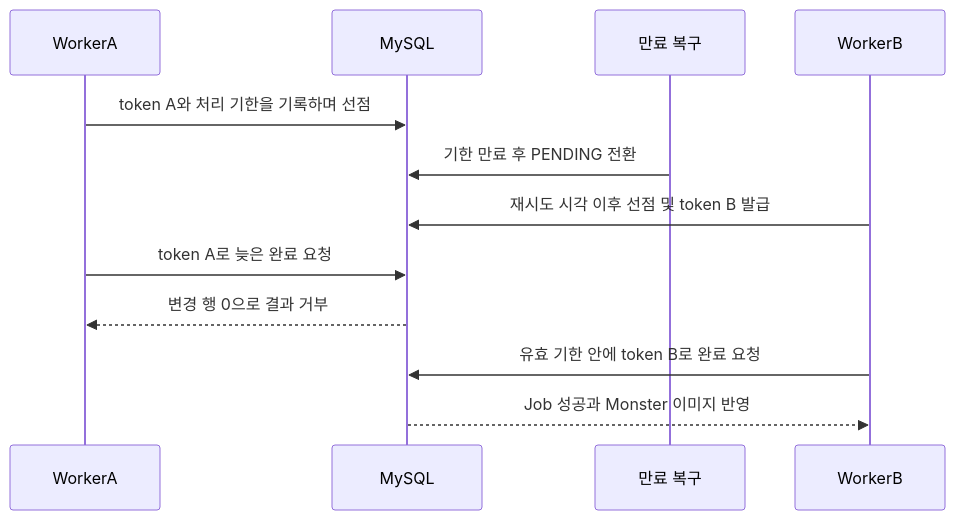
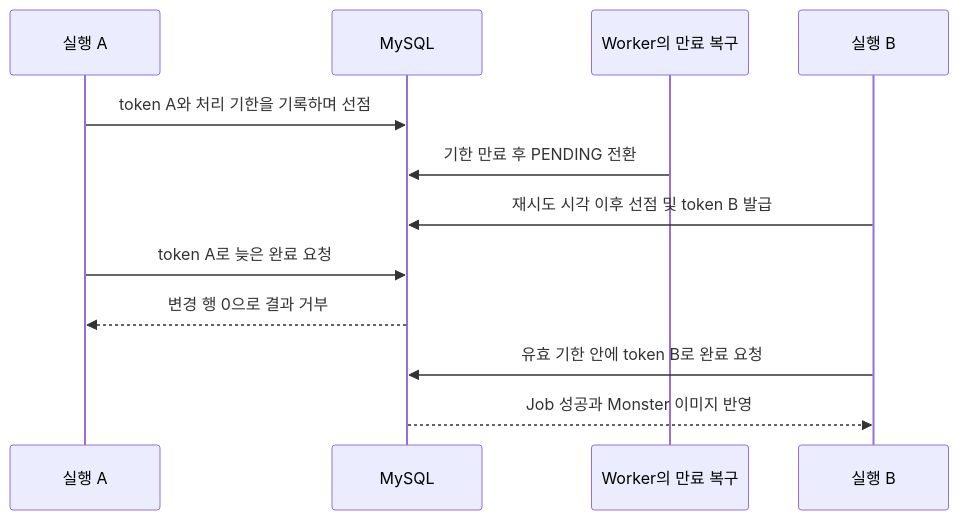
The sixth of 6 diagrams in LEVEL4-milan.md (woowacourse/woowa-writing), drawn with Mermaid before and after one commit. The commit also changed other lines of this file, not shown here.

````diff
--- a/LEVEL4-milan.md
+++ b/LEVEL4-milan.md
@@ -216,15 +211,15 @@
 ```mermaid
 sequenceDiagram
-    participant WorkerA
+    participant WorkerA as 실행 A
     participant MySQL
-    participant Recovery as 만료 복구
-    participant WorkerB
+    participant Recovery as Worker의 만료 복구
+    participant WorkerB as 실행 B
 
     WorkerA->>MySQL: token A와 처리 기한을 기록하며 선점
     Recovery->>MySQL: 기한 만료 후 PENDING 전환
     WorkerB->>MySQL: 재시도 시각 이후 선점 및 token B 발급
     WorkerA->>MySQL: token A로 늦은 완료 요청
     MySQL-->>WorkerA: 변경 행 0으로 결과 거부
     WorkerB->>MySQL: 유효 기한 안에 token B로 완료 요청
     MySQL-->>WorkerB: Job 성공과 Monster 이미지 반영
 ```
````
